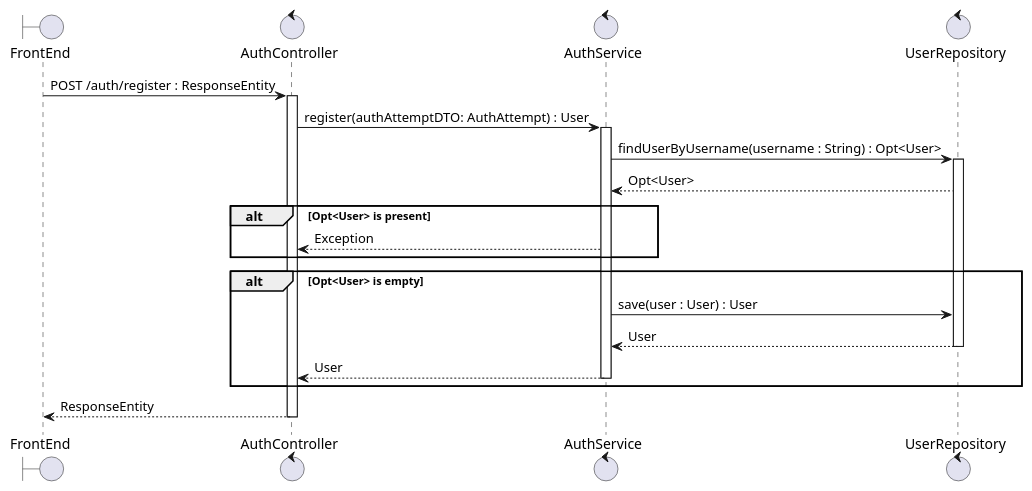
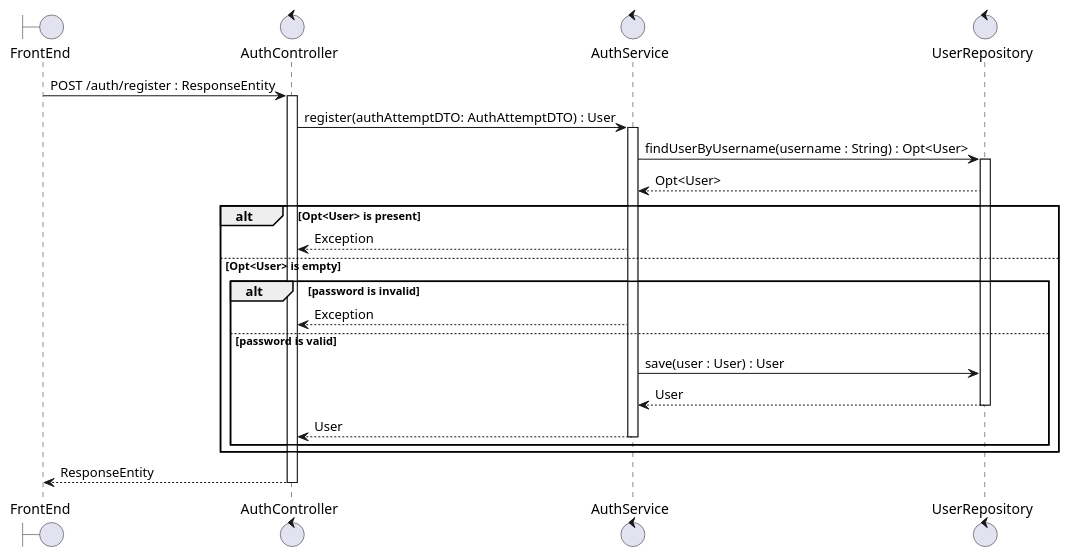
Before and after one commit to MoermansJ/eindwerk_backEnd: the second of 3 diagrams in docs/sequenceDiagram.md, drawn with PlantUML. The commit also changed other lines of this file and 6 other files, not shown here.

````diff
--- a/docs/sequenceDiagram.md
+++ b/docs/sequenceDiagram.md
@@ -5,37 +50,41 @@
 ```plantuml
 @startuml
 Boundary FrontEnd as frontend
 Control AuthController as authcontroller
 Control AuthService as authservice
 Control UserRepository as userrepository
 
 frontend -> authcontroller : POST /auth/register : ResponseEntity
 activate authcontroller
 
-authcontroller -> authservice : register(authAttemptDTO: AuthAttempt) : User
+authcontroller -> authservice : register(authAttemptDTO: AuthAttemptDTO) : User
 activate authservice
 
 authservice -> userrepository : findUserByUsername(username : String) : Opt<User>
 activate userrepository
 
 userrepository --> authservice : Opt<User>
 
 alt Opt<User> is present
-authservice --> authcontroller : Exception
-end
+	authservice --> authcontroller : Exception
 
-alt Opt<User> is empty
-authservice -> userrepository : save(user : User) : User
+else Opt<User> is empty
+	alt password is invalid
+		authservice --> authcontroller : Exception
 
-userrepository --> authservice : User
-deactivate userrepository
+	else password is valid
+		authservice -> userrepository : save(user : User) : User
 
-authservice --> authcontroller : User
-deactivate authservice
+		userrepository --> authservice : User
+		deactivate userrepository
+
+		authservice --> authcontroller : User
+		deactivate authservice
+	end
 end
 
 authcontroller --> frontend : ResponseEntity
 deactivate authcontroller
 
 @enduml
 ```
````
